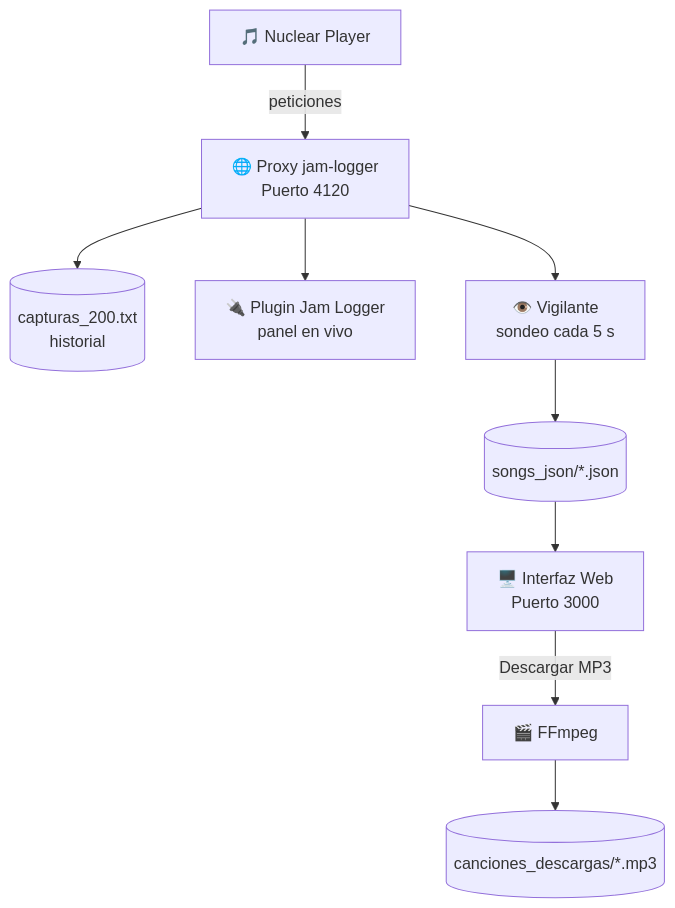
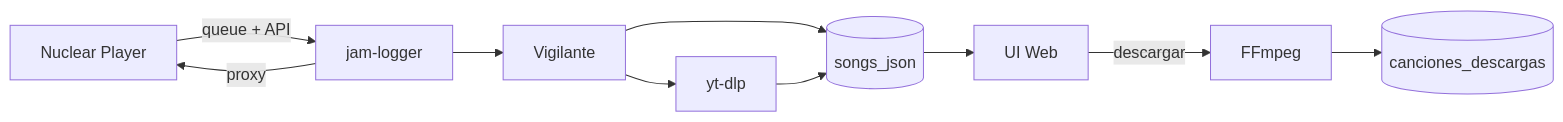
The diagram in README.md (VicenteRC-Dev/Downloader-Nuclear), drawn with Mermaid before and after one commit. The commit also changed other lines of this file, not shown here.

````diff
--- a/README.md
+++ b/README.md
@@ -44,11 +90,12 @@
 ```mermaid
-flowchart TD
-    A["🎵 Nuclear Player"] -->|peticiones| B["🌐 Proxy jam-logger<br/>Puerto 4120"]
-    B --> L[("capturas_200.txt<br/>historial")]
-    B --> P["🔌 Plugin Jam Logger<br/>panel en vivo"]
-    B --> C["👁️ Vigilante<br/>sondeo cada 5 s"]
-    C --> D[("songs_json/*.json")]
-    D --> E["🖥️ Interfaz Web<br/>Puerto 3000"]
-    E -->|Descargar MP3| F["🎬 FFmpeg"]
-    F --> G[("canciones_descargas/*.mp3")]
+flowchart LR
+    A[Nuclear Player] -->|queue + API| B[jam-logger]
+    B -->|proxy| A
+    B --> C[Vigilante]
+    C --> D[yt-dlp]
+    C --> J[(songs_json)]
+    D --> J
+    J --> E[UI Web]
+    E -->|descargar| F[FFmpeg]
+    F --> M[(canciones_descargas)]
 ```
````
